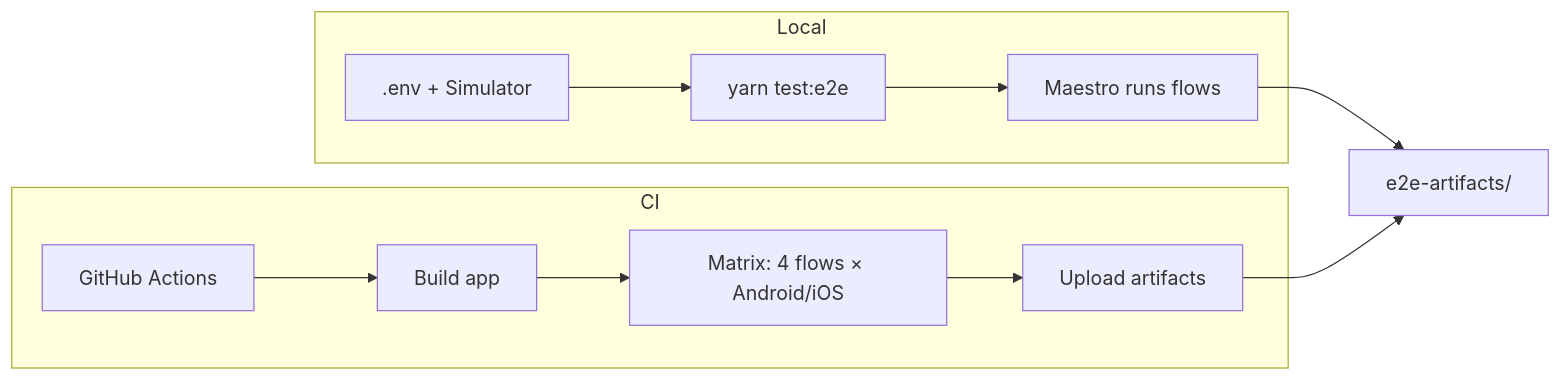
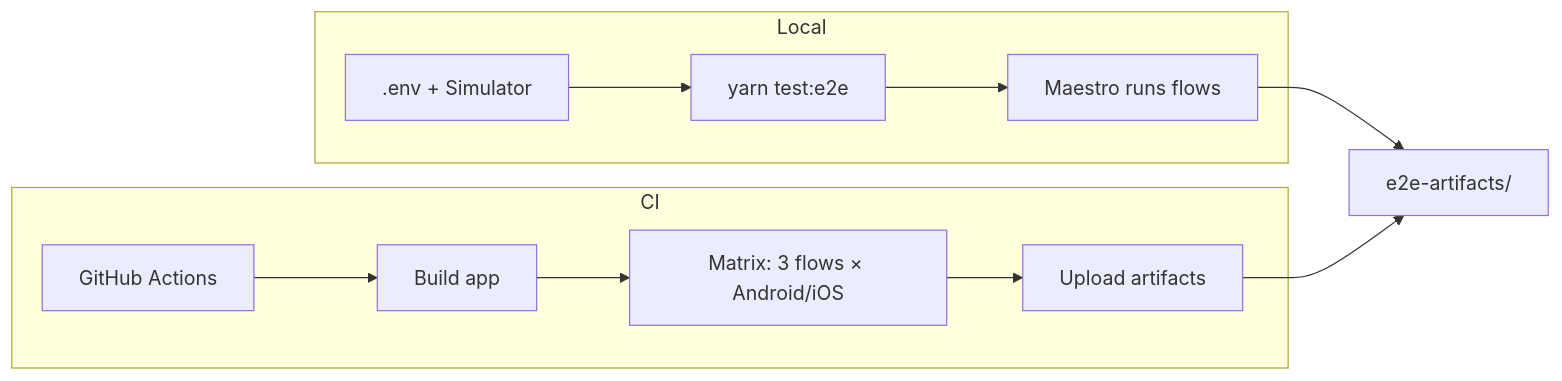
One commit to stellar/freighter-mobile changed the diagram in e2e/README.md. Above: the diagram before and after it, drawn with Mermaid. The commit also changed other lines of this file and 77 other files, not shown here.

````diff
--- a/e2e/README.md
+++ b/e2e/README.md
@@ -24,14 +24,14 @@
 ```mermaid
 flowchart LR
   subgraph Local
     A[.env + Simulator] --> B[yarn test:e2e]
     B --> C[Maestro runs flows]
   end
   subgraph CI
     D[GitHub Actions] --> E[Build app]
-    E --> F[Matrix: 4 flows × Android/iOS]
+    E --> F[Matrix: 3 flows × Android/iOS]
     F --> G[Upload artifacts]
   end
   C --> H[e2e-artifacts/]
   G --> H
 ```
````
